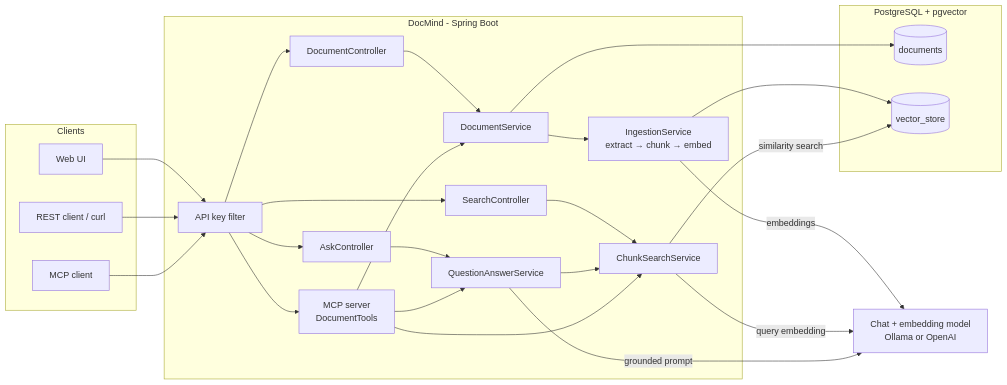
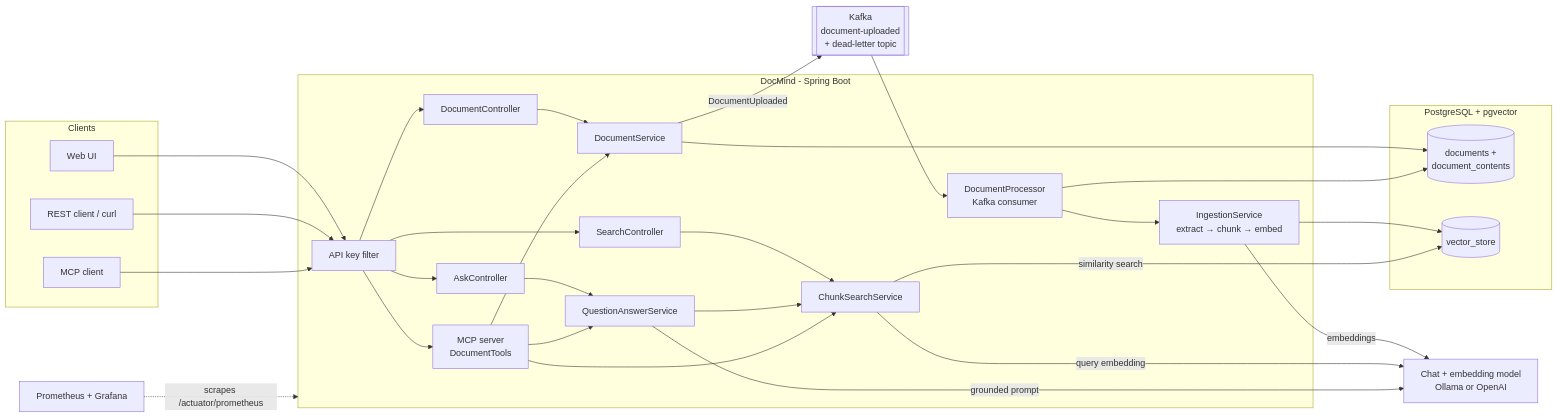
One commit to nakhat-parveen/docmind-ai changed the first of 2 diagrams in README.md. Above: the diagram before and after it, drawn with Mermaid. The commit also changed other lines of this file, not shown here.

Commit message:
Document Kafka processing and monitoring in the README

````diff
--- a/README.md
+++ b/README.md
@@ -32,41 +34,49 @@
 ```mermaid
 flowchart LR
     subgraph Clients
         UI[Web UI]
         REST[REST client / curl]
         MCPC[MCP client]
     end
 
     subgraph App[DocMind - Spring Boot]
         SEC[API key filter]
         DC[DocumentController]
         SC[SearchController]
         AC[AskController]
         MCP[MCP server<br/>DocumentTools]
         DS[DocumentService]
+        DP[DocumentProcessor<br/>Kafka consumer]
         IS[IngestionService<br/>extract → chunk → embed]
         CS[ChunkSearchService]
         QA[QuestionAnswerService]
     end
 
+    KAFKA[[Kafka<br/>document-uploaded<br/>+ dead-letter topic]]
+
     subgraph Postgres[PostgreSQL + pgvector]
-        DOCS[(documents)]
+        DOCS[(documents +<br/>document_contents)]
         VS[(vector_store)]
     end
 
     LLM[Chat + embedding model<br/>Ollama or OpenAI]
+    PROM[Prometheus + Grafana]
 
     UI & REST --> SEC
     MCPC --> SEC
     SEC --> DC & SC & AC & MCP
-    DC --> DS --> IS
+    DC --> DS
     DS --> DOCS
+    DS -- DocumentUploaded --> KAFKA --> DP
+    DP --> DOCS
+    DP --> IS
     IS -- embeddings --> LLM
     IS --> VS
     SC --> CS
     AC --> QA --> CS
     MCP --> CS & QA & DS
     CS -- query embedding --> LLM
     CS -- similarity search --> VS
     QA -- grounded prompt --> LLM
+    PROM -. scrapes /actuator/prometheus .-> App
 ```
````
